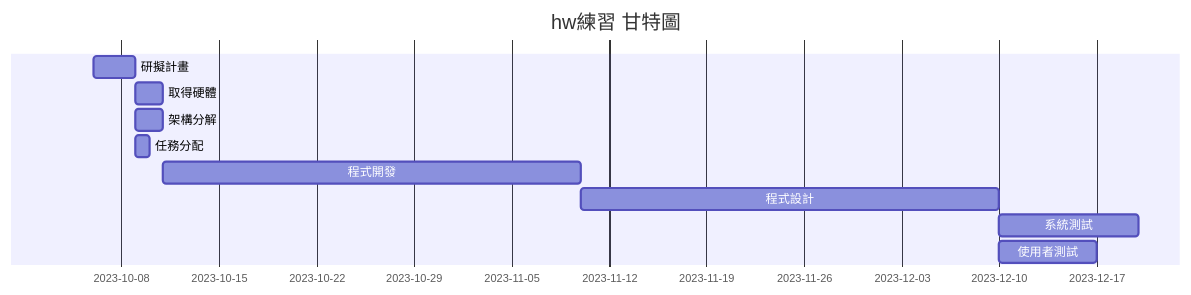
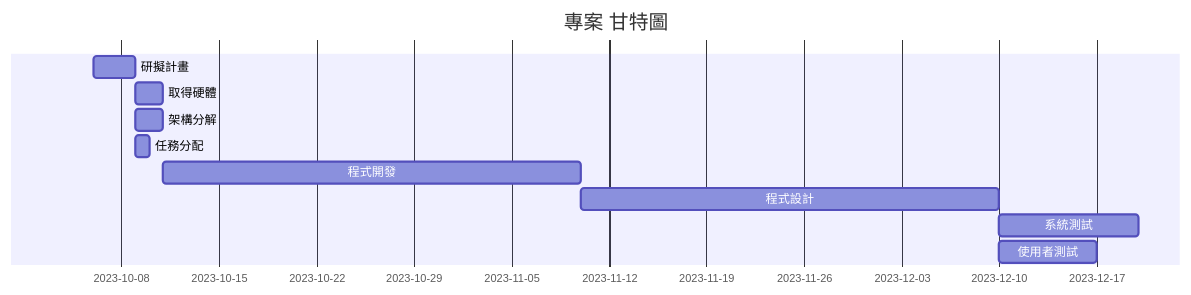
The diagram in team-hw2.md (c110118248/Technology_14), drawn with Mermaid before and after one commit.

````diff
--- a/team-hw2.md
+++ b/team-hw2.md
@@ -4,14 +4,14 @@
 ```mermaid
 gantt
-    title hw練習 甘特圖
+    title 專案 甘特圖
 
     研擬計畫     : a1 , 2023-10-06 , 3d
     取得硬體     : a2 , after a1 , 2d
     架構分解     : a3 , after a1 , 2d
     任務分配     : a4 , after a1 , 1d
     程式開發     : a5 , after a2 , 30d
     程式設計     : a6 , after a5 , 30d
     系統測試     : a7 , after a6 , 10d
     使用者測試   : a8 , after a6 , 7d
 
 ```
````
